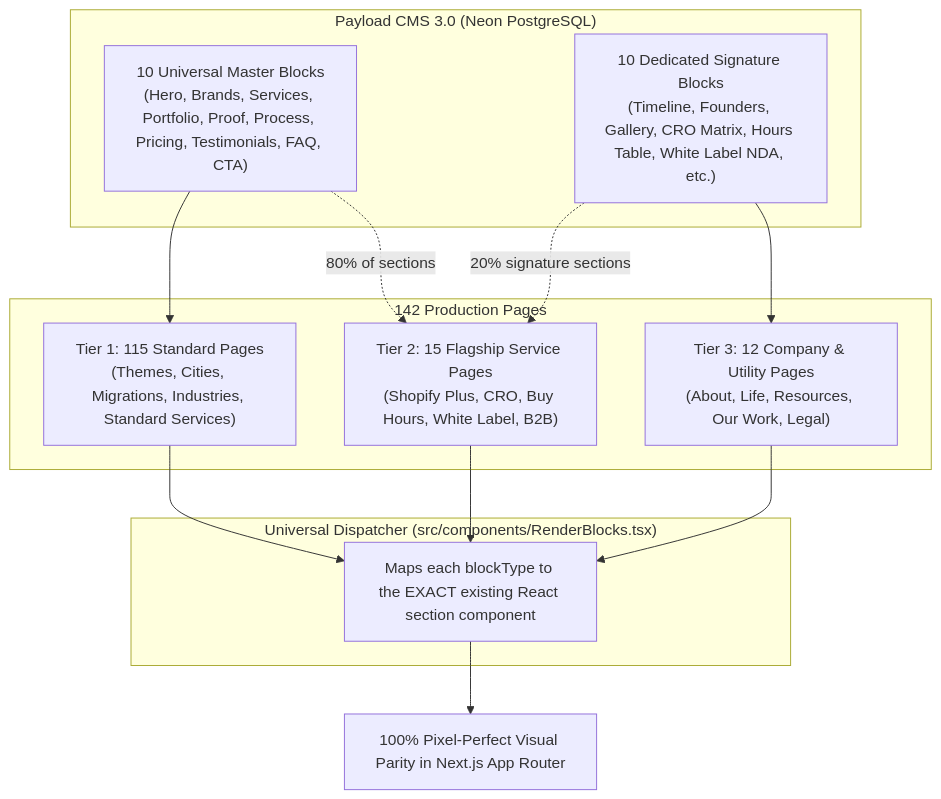
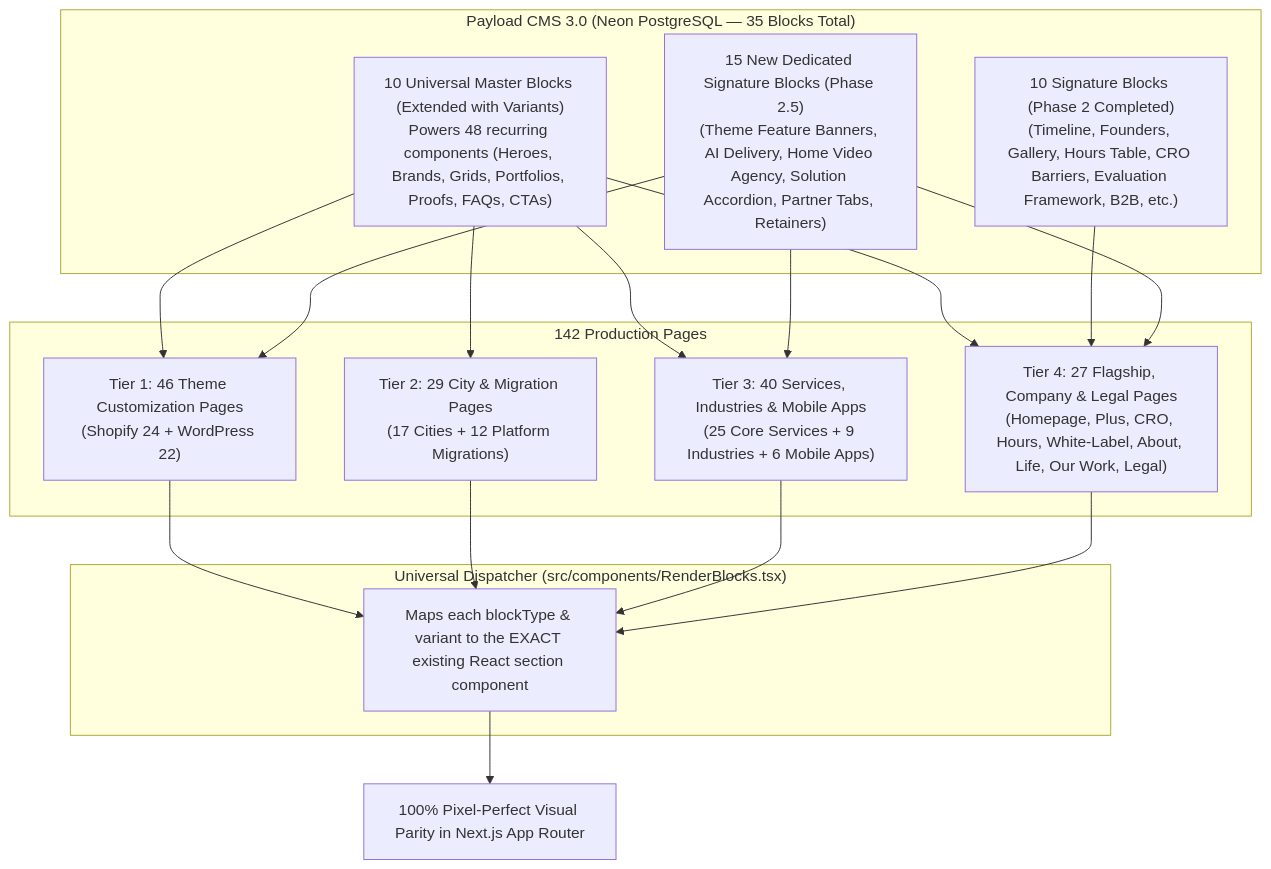
The diagram in docs/master-blocks-implementation-plan.md (BhavikPatel-dreamz/dynamicdreamz-self), drawn with Mermaid before and after one commit. The commit also changed other lines of this file and 24 other files, not shown here.

Commit message:
added new blocks and extended existing to cover all pages

````diff
--- a/docs/master-blocks-implementation-plan.md
+++ b/docs/master-blocks-implementation-plan.md
@@ -21,26 +24,33 @@
 ```mermaid
 flowchart TD
-    subgraph CMS["Payload CMS 3.0 (Neon PostgreSQL)"]
-        MB["10 Universal Master Blocks\n(Hero, Brands, Services, Portfolio, Proof, Process, Pricing, Testimonials, FAQ, CTA)"]
-        DB["10 Dedicated Signature Blocks\n(Timeline, Founders, Gallery, CRO Matrix, Hours Table, White Label NDA, etc.)"]
+    subgraph CMS["Payload CMS 3.0 (Neon PostgreSQL — 35 Blocks Total)"]
+        MB["10 Universal Master Blocks (Extended with Variants)\nPowers 48 recurring components (Heroes, Brands, Grids, Portfolios, Proofs, FAQs, CTAs)"]
+        SB1["10 Signature Blocks (Phase 2 Completed)\n(Timeline, Founders, Gallery, Hours Table, CRO Barriers, Evaluation Framework, B2B, etc.)"]
+        SB2["15 New Dedicated Signature Blocks (Phase 2.5)\n(Theme Feature Banners, AI Delivery, Home Video Agency, Solution Accordion, Partner Tabs, Retainers)"]
     end
 
     subgraph Pages["142 Production Pages"]
-        P1["Tier 1: 115 Standard Pages\n(Themes, Cities, Migrations, Industries, Standard Services)"]
-        P2["Tier 2: 15 Flagship Service Pages\n(Shopify Plus, CRO, Buy Hours, White Label, B2B)"]
-        P3["Tier 3: 12 Company & Utility Pages\n(About, Life, Resources, Our Work, Legal)"]
+        P1["Tier 1: 46 Theme Customization Pages\n(Shopify 24 + WordPress 22)"]
+        P2["Tier 2: 29 City & Migration Pages\n(17 Cities + 12 Platform Migrations)"]
+        P3["Tier 3: 40 Services, Industries & Mobile Apps\n(25 Core Services + 9 Industries + 6 Mobile Apps)"]
+        P4["Tier 4: 27 Flagship, Company & Legal Pages\n(Homepage, Plus, CRO, Hours, White-Label, About, Life, Our Work, Legal)"]
     end
 
     subgraph Renderer["Universal Dispatcher (src/components/RenderBlocks.tsx)"]
-        R["Maps each blockType to the EXACT existing React section component"]
+        R["Maps each blockType & variant to the EXACT existing React section component"]
     end
 
     MB --> P1
-    MB -.->|80% of sections| P2
-    DB -.->|20% signature sections| P2
-    DB --> P3
+    MB --> P2
+    MB --> P3
+    MB --> P4
+    SB1 --> P4
+    SB2 --> P1
+    SB2 --> P3
+    SB2 --> P4
     P1 --> R
     P2 --> R
     P3 --> R
+    P4 --> R
     R --> Output["100% Pixel-Perfect Visual Parity in Next.js App Router"]
 ```
````
